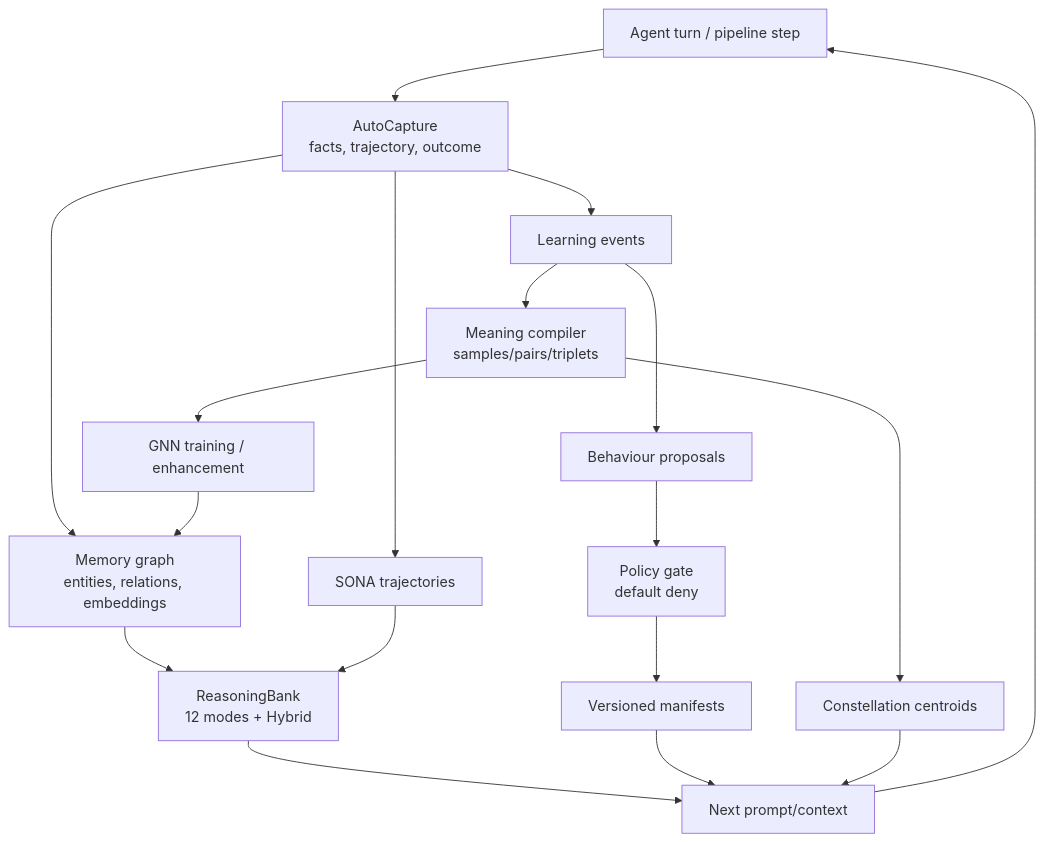
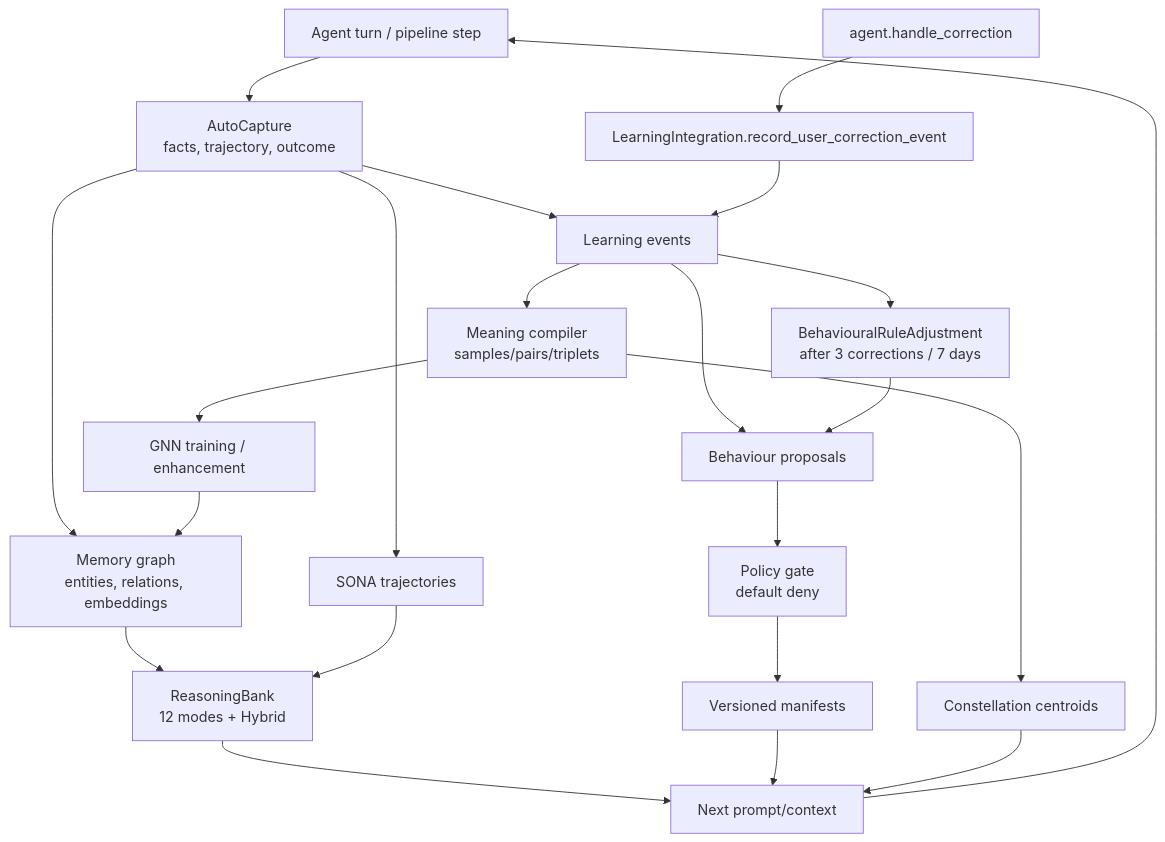
One commit to ste-bah/archon-cli changed the second of 3 diagrams in docs/architecture/learning-systems.md. Above: the diagram before and after it, drawn with Mermaid. The commit also changed other lines of this file and 16 other files, not shown here.

First line of the commit message:
feat(learning): close the corrections loop — user corrections now reach the proposal engine

````diff
--- a/docs/architecture/learning-systems.md
+++ b/docs/architecture/learning-systems.md
@@ -37,21 +37,26 @@
 ```mermaid
 flowchart TB
     TURN["Agent turn / pipeline step"] --> CAPTURE["AutoCapture<br/>facts, trajectory, outcome"]
     CAPTURE --> MEMORY["Memory graph<br/>entities, relations, embeddings"]
     CAPTURE --> SONA2["SONA trajectories"]
     MEMORY --> RB2["ReasoningBank<br/>12 modes + Hybrid"]
     SONA2 --> RB2
     RB2 --> NEXT["Next prompt/context"]
     NEXT --> TURN
 
     CAPTURE --> EVENTS["Learning events"]
     EVENTS --> PROPOSALS["Behaviour proposals"]
     PROPOSALS --> POLICY["Policy gate<br/>default deny"]
     POLICY --> MANIFESTS["Versioned manifests"]
     MANIFESTS --> NEXT
     EVENTS --> MEANING["Meaning compiler<br/>samples/pairs/triplets"]
     MEANING --> GNN2["GNN training / enhancement"]
     GNN2 --> MEMORY
     MEANING --> CONST["Constellation centroids"]
     CONST --> NEXT
+
+    CORR["agent.handle_correction"] --> REC["LearningIntegration.record_user_correction_event"]
+    REC --> EVENTS
+    EVENTS --> UC["BehaviouralRuleAdjustment<br/>after 3 corrections / 7 days"]
+    UC --> PROPOSALS
 ```
````
